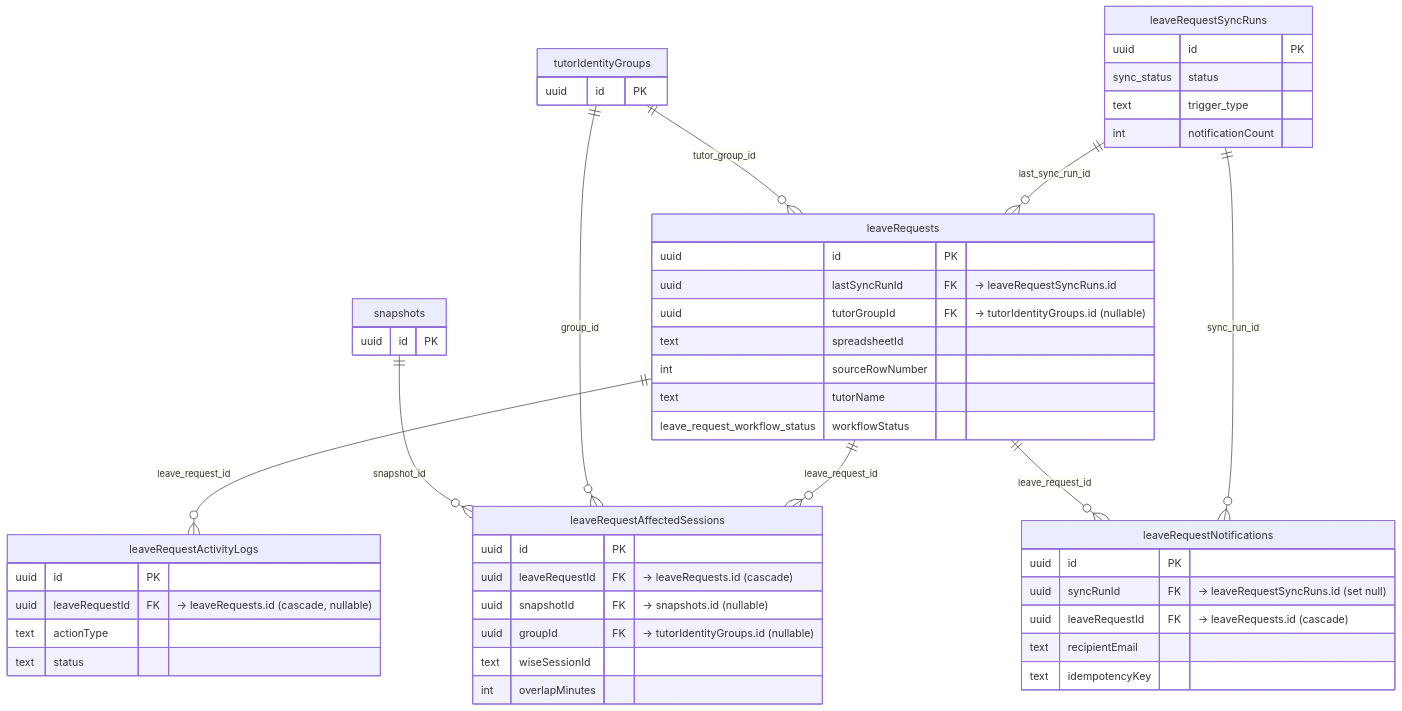
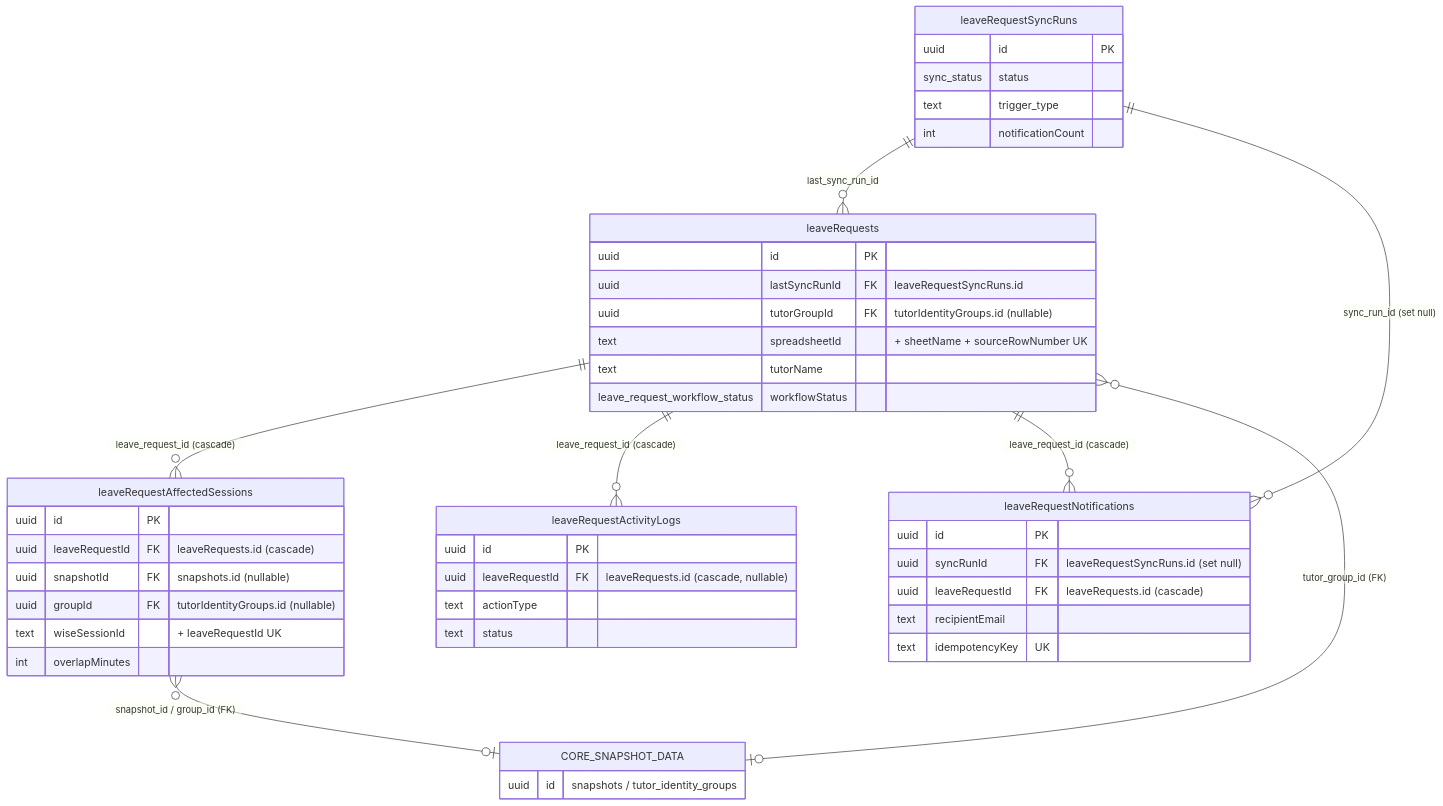
Before and after one commit to kasheesh711/bgscheduler: the diagram in docs/reference/database/erd-leave-requests.md, drawn with Mermaid. The commit also changed other lines of this file and 63 other files, not shown here.

````diff
--- a/docs/reference/database/erd-leave-requests.md
+++ b/docs/reference/database/erd-leave-requests.md
@@ -25,60 +25,54 @@
 ```mermaid
 erDiagram
     leaveRequestSyncRuns {
         uuid id PK
         sync_status status
         text trigger_type
         int notificationCount
     }
 
     leaveRequests {
         uuid id PK
-        uuid lastSyncRunId FK "→ leaveRequestSyncRuns.id"
-        uuid tutorGroupId FK "→ tutorIdentityGroups.id (nullable)"
-        text spreadsheetId
-        int sourceRowNumber
+        uuid lastSyncRunId FK "leaveRequestSyncRuns.id"
+        uuid tutorGroupId FK "tutorIdentityGroups.id (nullable)"
+        text spreadsheetId "+ sheetName + sourceRowNumber UK"
         text tutorName
         leave_request_workflow_status workflowStatus
     }
 
     leaveRequestAffectedSessions {
         uuid id PK
-        uuid leaveRequestId FK "→ leaveRequests.id (cascade)"
-        uuid snapshotId FK "→ snapshots.id (nullable)"
-        uuid groupId FK "→ tutorIdentityGroups.id (nullable)"
-        text wiseSessionId
+        uuid leaveRequestId FK "leaveRequests.id (cascade)"
+        uuid snapshotId FK "snapshots.id (nullable)"
+        uuid groupId FK "tutorIdentityGroups.id (nullable)"
+        text wiseSessionId "+ leaveRequestId UK"
         int overlapMinutes
     }
 
     leaveRequestActivityLogs {
         uuid id PK
-        uuid leaveRequestId FK "→ leaveRequests.id (cascade, nullable)"
+        uuid leaveRequestId FK "leaveRequests.id (cascade, nullable)"
         text actionType
         text status
     }
 
     leaveRequestNotifications {
         uuid id PK
-        uuid syncRunId FK "→ leaveRequestSyncRuns.id (set null)"
-        uuid leaveRequestId FK "→ leaveRequests.id (cascade)"
+        uuid syncRunId FK "leaveRequestSyncRuns.id (set null)"
+        uuid leaveRequestId FK "leaveRequests.id (cascade)"
         text recipientEmail
-        text idempotencyKey
+        text idempotencyKey UK
     }
 
-    snapshots {
-        uuid id PK
-    }
-
-    tutorIdentityGroups {
-        uuid id PK
+    CORE_SNAPSHOT_DATA {
+        uuid id "snapshots / tutor_identity_groups"
     }
 
     leaveRequestSyncRuns ||--o{ leaveRequests : "last_sync_run_id"
-    leaveRequestSyncRuns ||--o{ leaveRequestNotifications : "sync_run_id"
-    leaveRequests ||--o{ leaveRequestAffectedSessions : "leave_request_id"
-    leaveRequests ||--o{ leaveRequestActivityLogs : "leave_request_id"
-    leaveRequests ||--o{ leaveRequestNotifications : "leave_request_id"
-    tutorIdentityGroups ||--o{ leaveRequests : "tutor_group_id"
-    tutorIdentityGroups ||--o{ leaveRequestAffectedSessions : "group_id"
-    snapshots ||--o{ leaveRequestAffectedSessions : "snapshot_id"
+    leaveRequestSyncRuns ||--o{ leaveRequestNotifications : "sync_run_id (set null)"
+    leaveRequests ||--o{ leaveRequestAffectedSessions : "leave_request_id (cascade)"
+    leaveRequests ||--o{ leaveRequestActivityLogs : "leave_request_id (cascade)"
+    leaveRequests ||--o{ leaveRequestNotifications : "leave_request_id (cascade)"
+    leaveRequests }o--o| CORE_SNAPSHOT_DATA : "tutor_group_id (FK)"
+    leaveRequestAffectedSessions }o--o| CORE_SNAPSHOT_DATA : "snapshot_id / group_id (FK)"
 ```
````
